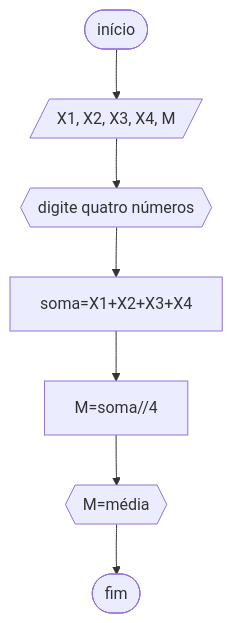
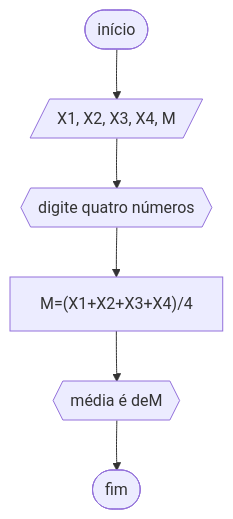
The first of 2 diagrams in RLA/RLA2/lista_exercício2.1.md (yeesusu/UNIFOR), drawn with Mermaid before and after one commit. The commit also changed other lines of this file, not shown here.

````diff
--- a/RLA/RLA2/lista_exercício2.1.md
+++ b/RLA/RLA2/lista_exercício2.1.md
@@ -5,9 +5,8 @@
 ```mermaid
 flowchart TD
 A([início])-->B[/X1, X2, X3, X4,  M/]
 B-->C{{"digite quatro números"}}
-C-->D[soma=X1+X2+X3+X4]
-D-->E[M=soma//4]
-E-->F{{"M=média"}}
+C-->D["M=(X1+X2+X3+X4)/4"]
+D-->F{{"média é de"M}}
 F-->Z([fim])
 ```
````
